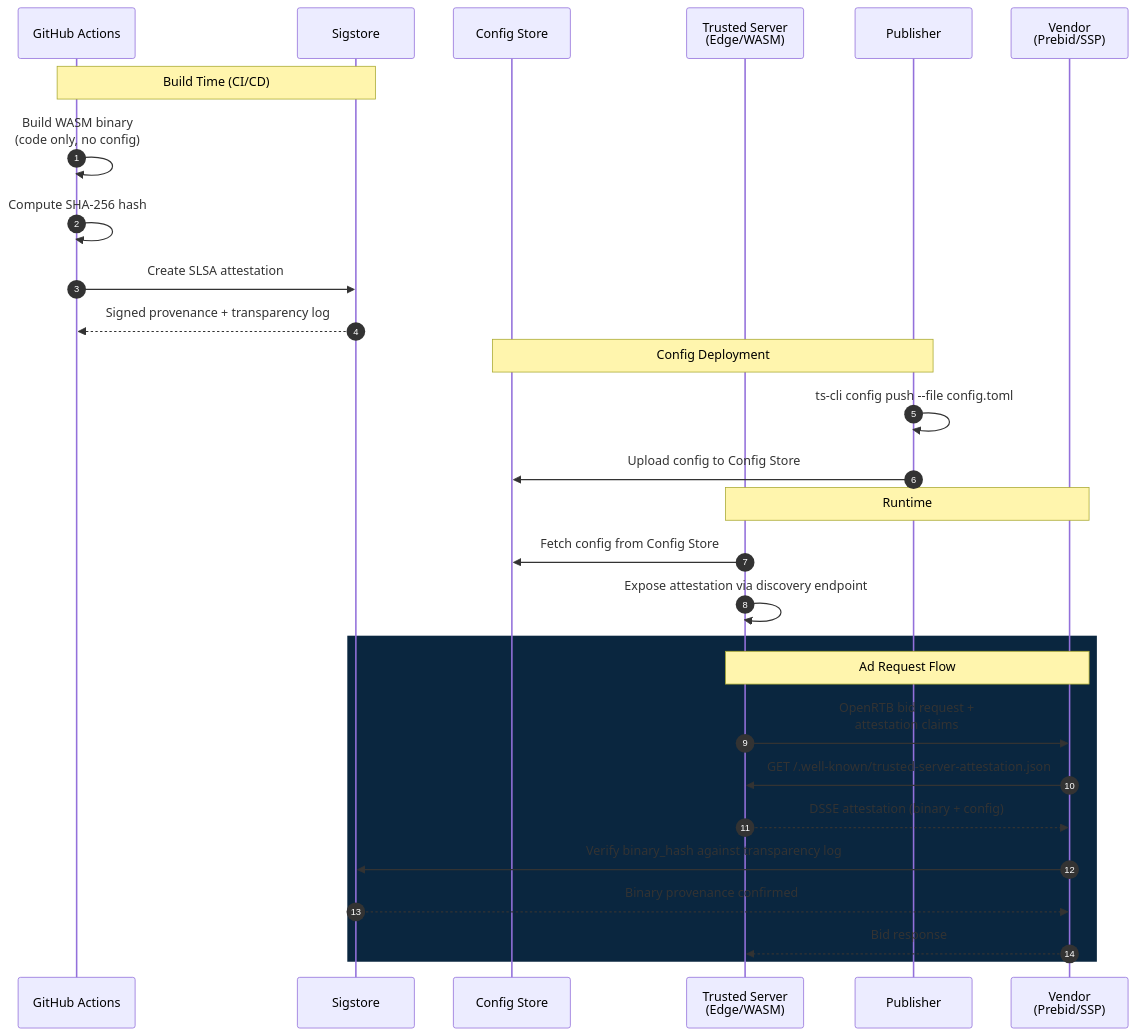
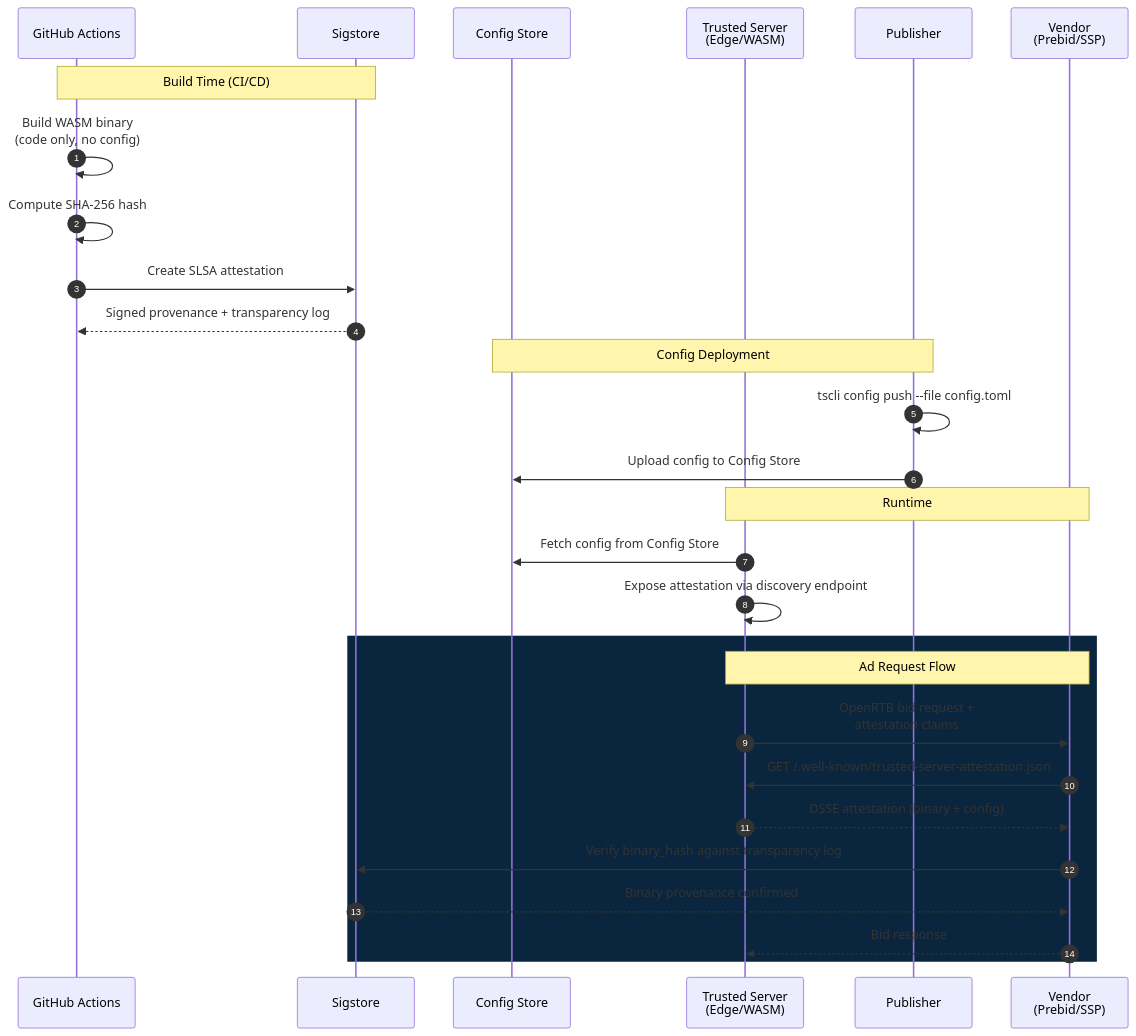
The second of 11 diagrams in docs/guide/attestation-proposal.md (IABTechLab/trusted-server), drawn with Mermaid before and after one commit. The commit also changed other lines of this file and 28 other files, not shown here.

````diff
--- a/docs/guide/attestation-proposal.md
+++ b/docs/guide/attestation-proposal.md
@@ -233,34 +233,34 @@
 ```mermaid
 sequenceDiagram
     autonumber
     participant GH as GitHub Actions
     participant SIG as Sigstore
     participant CFG as Config Store
     participant TS as Trusted Server<br/>(Edge/WASM)
     participant PUB as Publisher
     participant VEN as Vendor<br/>(Prebid/SSP)
 
     Note over GH,SIG: Build Time (CI/CD)
     GH->>GH: Build WASM binary<br/>(code only, no config)
     GH->>GH: Compute SHA-256 hash
     GH->>SIG: Create SLSA attestation
     SIG-->>GH: Signed provenance + transparency log
 
     Note over PUB,CFG: Config Deployment
-    PUB->>PUB: ts-cli config push --file config.toml
+    PUB->>PUB: tscli config push --file config.toml
     PUB->>CFG: Upload config to Config Store
 
     Note over TS,VEN: Runtime
     TS->>CFG: Fetch config from Config Store
     TS->>TS: Expose attestation via discovery endpoint
 
     rect rgba(10, 38, 63, 1)
         Note over TS,VEN: Ad Request Flow
         TS->>VEN: OpenRTB bid request +<br/>attestation claims
         VEN->>TS: GET /.well-known/trusted-server-attestation.json
         TS-->>VEN: DSSE attestation (binary + config)
         VEN->>SIG: Verify binary_hash against transparency log
         SIG-->>VEN: Binary provenance confirmed
         VEN-->>TS: Bid response
     end
 ```
````
